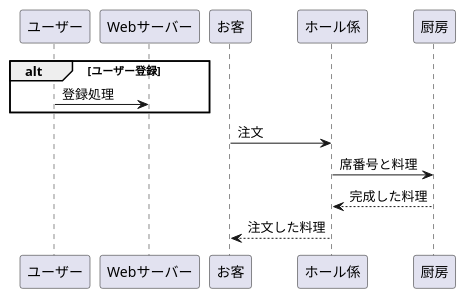
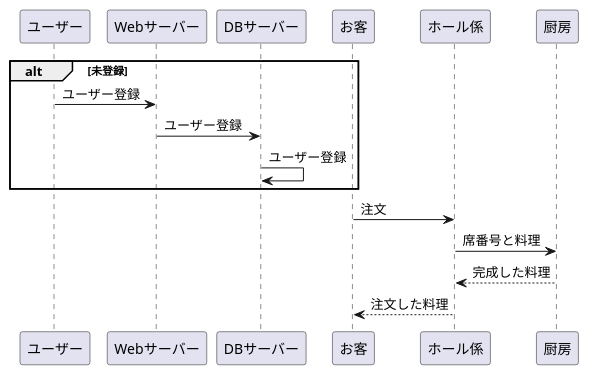
The diagram in 0511kadai.md (Aso2001374/2021sys-design), drawn with PlantUML before and after one commit.

````diff
--- a/0511kadai.md
+++ b/0511kadai.md
@@ -1,13 +1,15 @@
 ```uml
 @startuml
 
-alt ユーザー登録
+alt 未登録
 
-ユーザー -> Webサーバー:登録処理
+ユーザー -> Webサーバー:ユーザー登録
+Webサーバー -> DBサーバー:ユーザー登録
+DBサーバー -> DBサーバー:ユーザー登録
 end
 お客->ホール係:注文
 ホール係->厨房:席番号と料理
 厨房-->ホール係:完成した料理
 ホール係-->お客:注文した料理
 @enduml
 ```
````
